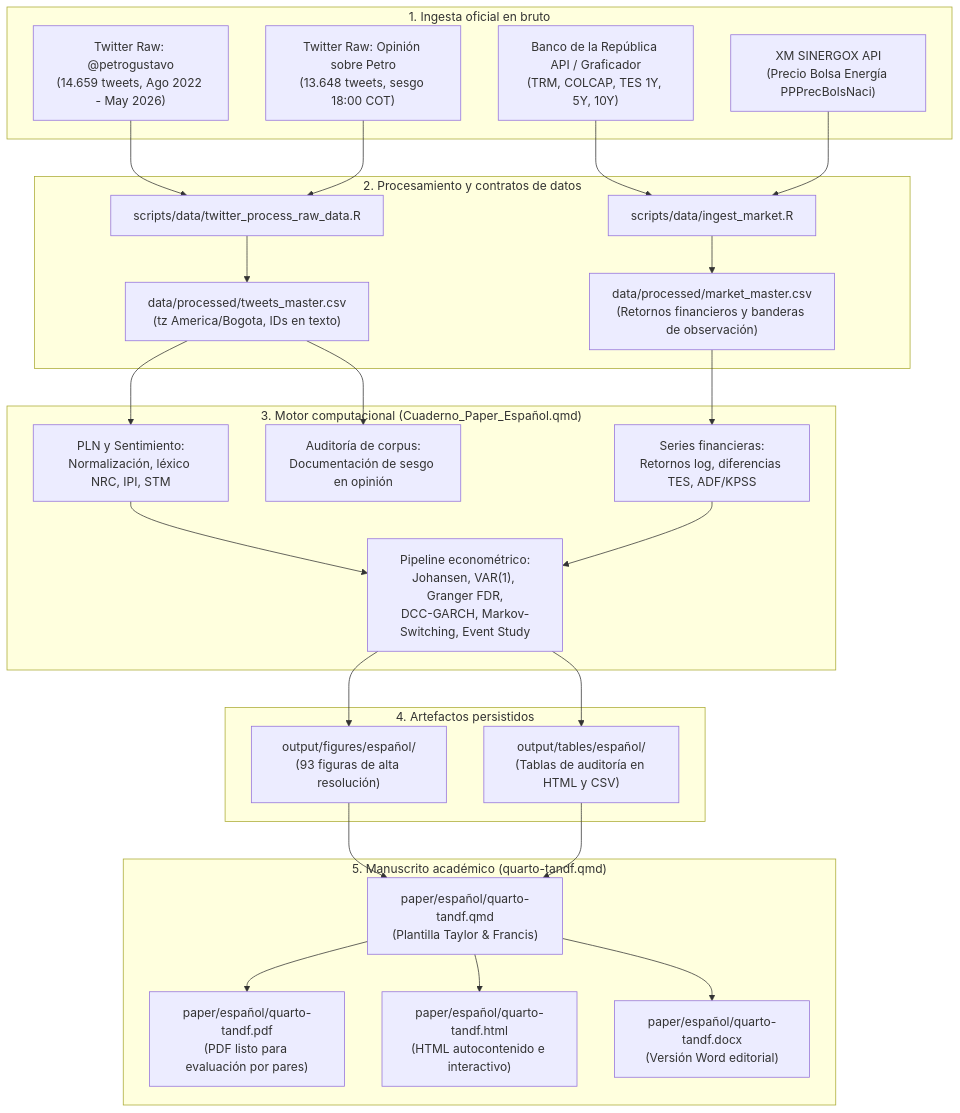
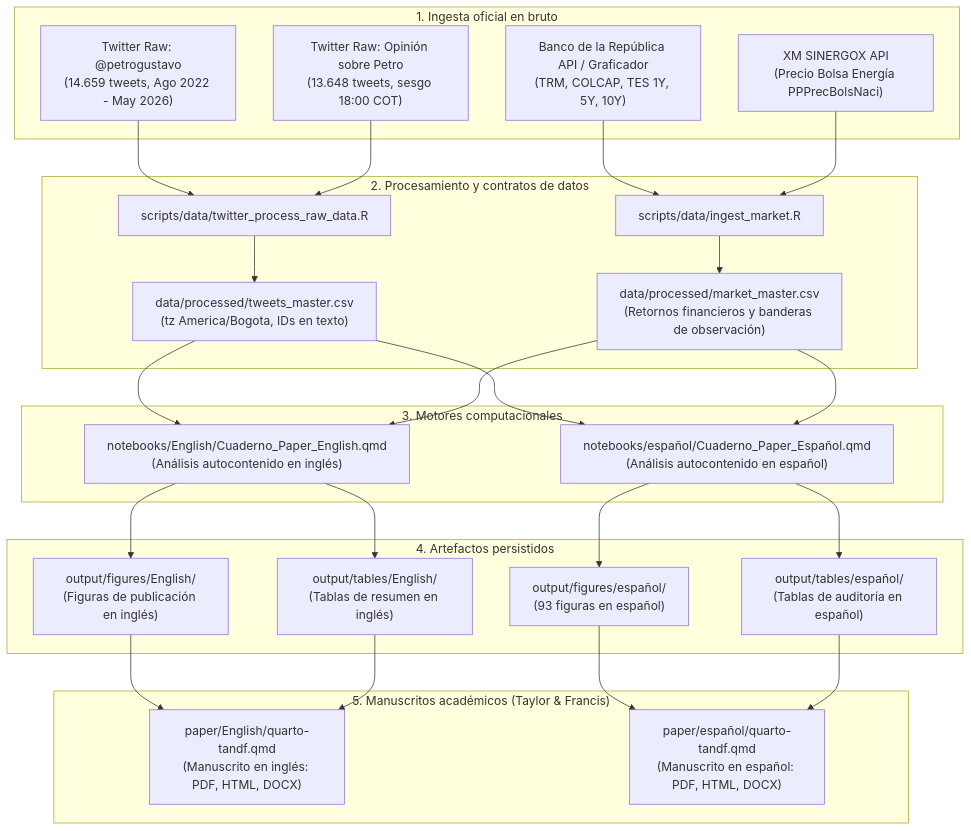
Before and after one commit to juanjo-edm/What_is_the_economic_impact_of_Colombian_President_tweets: the diagram in README.es.md, drawn with Mermaid. The commit also changed other lines of this file and 49 other files, not shown here.

Commit message:
feat(repo): deliver canonical English research package, computational notebook, translated figures, and synchronized documentation

````diff
--- a/README.es.md
+++ b/README.es.md
@@ -60,59 +64,56 @@
 ```mermaid
 flowchart TD
     subgraph Ingesta ["1. Ingesta oficial en bruto"]
         T_RAW["Twitter Raw: @petrogustavo<br/>(14.659 tweets, Ago 2022 - May 2026)"]
         O_RAW["Twitter Raw: Opinión sobre Petro<br/>(13.648 tweets, sesgo 18:00 COT)"]
         M_BANREP["Banco de la República API / Graficador<br/>(TRM, COLCAP, TES 1Y, 5Y, 10Y)"]
         M_XM["XM SINERGOX API<br/>(Precio Bolsa Energía PPPrecBolsNaci)"]
     end
 
     subgraph Contratos ["2. Procesamiento y contratos de datos"]
         SCRIPT_T["scripts/data/twitter_process_raw_data.R"]
         SCRIPT_M["scripts/data/ingest_market.R"]
         T_MASTER["data/processed/tweets_master.csv<br/>(tz America/Bogota, IDs en texto)"]
         M_MASTER["data/processed/market_master.csv<br/>(Retornos financieros y banderas de observación)"]
     end
 
-    subgraph Motor ["3. Motor computacional (Cuaderno_Paper_Español.qmd)"]
-        NB_NLP["PLN y Sentimiento:<br/>Normalización, léxico NRC, IPI, STM"]
-        NB_CORP["Auditoría de corpus:<br/>Documentación de sesgo en opinión"]
-        NB_TS["Series financieras:<br/>Retornos log, diferencias TES, ADF/KPSS"]
-        NB_ECON["Pipeline econométrico:<br/>Johansen, VAR(1), Granger FDR,<br/>DCC-GARCH, Markov-Switching, Event Study"]
+    subgraph Motores ["3. Motores computacionales"]
+        NB_EN["notebooks/English/Cuaderno_Paper_English.qmd<br/>(Análisis autocontenido en inglés)"]
+        NB_ES["notebooks/español/Cuaderno_Paper_Español.qmd<br/>(Análisis autocontenido en español)"]
     end
 
     subgraph Salidas ["4. Artefactos persistidos"]
-        OUT_FIG["output/figures/español/<br/>(93 figuras de alta resolución)"]
-        OUT_TAB["output/tables/español/<br/>(Tablas de auditoría en HTML y CSV)"]
+        OUT_FIG_EN["output/figures/English/<br/>(Figuras de publicación en inglés)"]
+        OUT_FIG_ES["output/figures/español/<br/>(93 figuras en español)"]
+        OUT_TAB_EN["output/tables/English/<br/>(Tablas de resumen en inglés)"]
+        OUT_TAB_ES["output/tables/español/<br/>(Tablas de auditoría en español)"]
     end
 
-    subgraph Articulo ["5. Manuscrito académico (quarto-tandf.qmd)"]
-        PAPER_SRC["paper/español/quarto-tandf.qmd<br/>(Plantilla Taylor & Francis)"]
-        PAPER_PDF["paper/español/quarto-tandf.pdf<br/>(PDF listo para evaluación por pares)"]
-        PAPER_HTML["paper/español/quarto-tandf.html<br/>(HTML autocontenido e interactivo)"]
-        PAPER_DOCX["paper/español/quarto-tandf.docx<br/>(Versión Word editorial)"]
+    subgraph Manuscritos ["5. Manuscritos académicos (Taylor & Francis)"]
+        PAPER_EN["paper/English/quarto-tandf.qmd<br/>(Manuscrito en inglés: PDF, HTML, DOCX)"]
+        PAPER_ES["paper/español/quarto-tandf.qmd<br/>(Manuscrito en español: PDF, HTML, DOCX)"]
     end
 
     T_RAW --> SCRIPT_T
     O_RAW --> SCRIPT_T
     M_BANREP --> SCRIPT_M
     M_XM --> SCRIPT_M
 
     SCRIPT_T --> T_MASTER
     SCRIPT_M --> M_MASTER
 
-    T_MASTER --> NB_NLP
-    T_MASTER --> NB_CORP
-    M_MASTER --> NB_TS
+    T_MASTER --> NB_EN
+    M_MASTER --> NB_EN
+    T_MASTER --> NB_ES
+    M_MASTER --> NB_ES
 
-    NB_NLP --> NB_ECON
-    NB_TS --> NB_ECON
+    NB_EN --> OUT_FIG_EN
+    NB_EN --> OUT_TAB_EN
+    NB_ES --> OUT_FIG_ES
+    NB_ES --> OUT_TAB_ES
 
-    NB_ECON --> OUT_FIG
-    NB_ECON --> OUT_TAB
-
-    OUT_FIG --> PAPER_SRC
-    OUT_TAB --> PAPER_SRC
-    PAPER_SRC --> PAPER_PDF
-    PAPER_SRC --> PAPER_HTML
-    PAPER_SRC --> PAPER_DOCX
+    OUT_FIG_EN --> PAPER_EN
+    OUT_TAB_EN --> PAPER_EN
+    OUT_FIG_ES --> PAPER_ES
+    OUT_TAB_ES --> PAPER_ES
 ```
````
